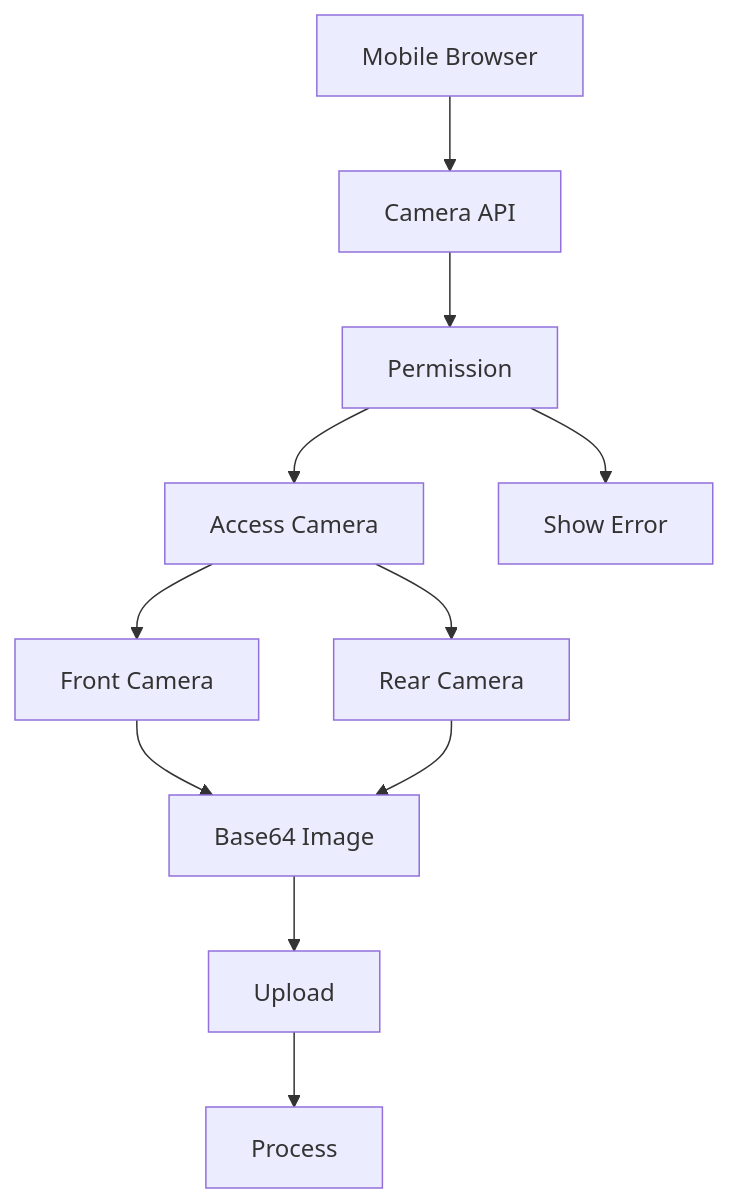
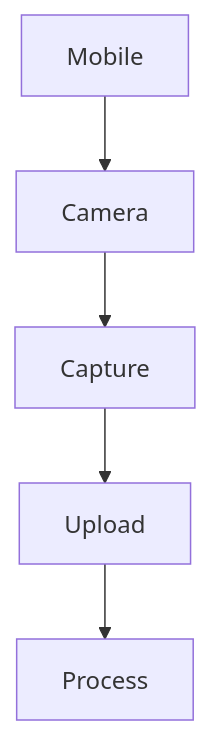
Diagram 13 of 15 in ARCHITECTURE.md (BTech20/biometric-auth-system), drawn with Mermaid before and after one commit. The commit also changed other lines of this file, not shown here.

First line of the commit message:
Ultra-simplify Mermaid diagrams to basic graph syntax

````diff
--- a/ARCHITECTURE.md
+++ b/ARCHITECTURE.md
@@ -285,13 +221,7 @@
 ```mermaid
-flowchart TB
-    A[Mobile Browser] --> B[Camera API]
-    B --> C[Permission]
-    C --> D[Access Camera]
-    C --> E[Show Error]
-    D --> F[Front Camera]
-    D --> G[Rear Camera]
-    F --> H[Base64 Image]
-    G --> H
-    H --> I[Upload]
-    I --> J[Process]
+graph TD
+    A[Mobile] --> B[Camera]
+    B --> C[Capture]
+    C --> D[Upload]
+    D --> E[Process]
 ```
````
